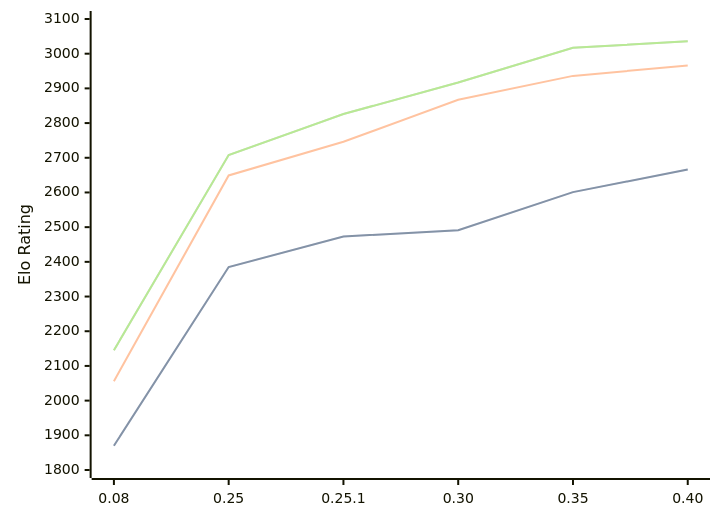
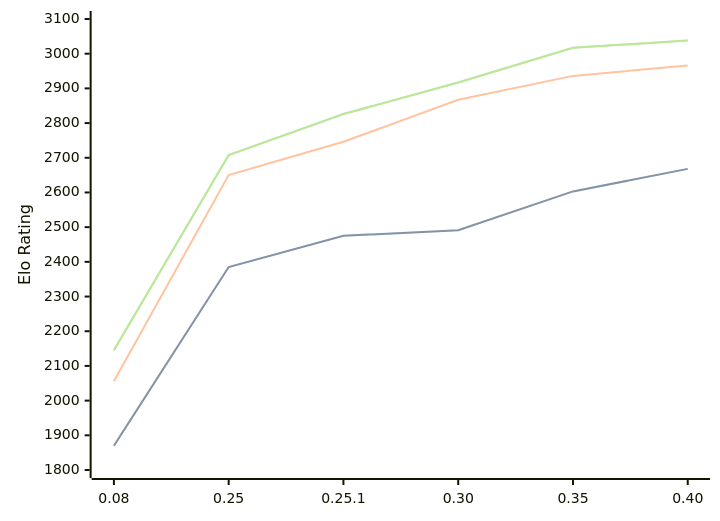
One commit to computer-chess-index/cci changed the diagram in engines/Gecko.md. Above: the diagram before and after it, drawn with Mermaid. The commit also changed other lines of this file, not shown here.

Commit message:
Update CCI Ratings (ELO VLTC) - 2026-08-10

````diff
--- a/engines/Gecko.md
+++ b/engines/Gecko.md
@@ -36,11 +36,11 @@
 ```mermaid
 %%{init: {"theme":"base","themeVariables":{"seriesColors:['#a3a3a3','#222221','#faa371']}}}%%
 xychart-beta
   x-axis ["0.08", "0.25", "0.25.1", "0.30", "0.35", "0.40"]
   y-axis "Elo Rating" 1800 --> 3100
-  line "STC (8.0+0.08s)" [1870, 2385, 2473, 2491, 2601, 2666]
-  line "STC (8.0+0.08s)" [1870, 2385, 2473, 2491, 2601, 2666]
-  line "LTC (60.0+0.60s)" [2056, 2649, 2746, 2867, 2936, 2966]
-  line "VLTC (2m24s+1.12s)" [2145, 2708, 2826, 2917, 3017, 3036]
-  line "VLTC (2m24s+1.12s)" [2145, 2708, 2826, 2917, 3017, 3036]
+  line "STC (8.0+0.08s)" [1870, 2385, 2475, 2491, 2603, 2668]
+  line "STC (8.0+0.08s)" [1870, 2385, 2475, 2491, 2603, 2668]
+  line "LTC (60.0+0.60s)" [2056, 2650, 2746, 2867, 2936, 2966]
+  line "VLTC (2m24s+1.12s)" [2145, 2708, 2826, 2917, 3017, 3038]
+  line "VLTC (2m24s+1.12s)" [2145, 2708, 2826, 2917, 3017, 3038]
 ```
````
